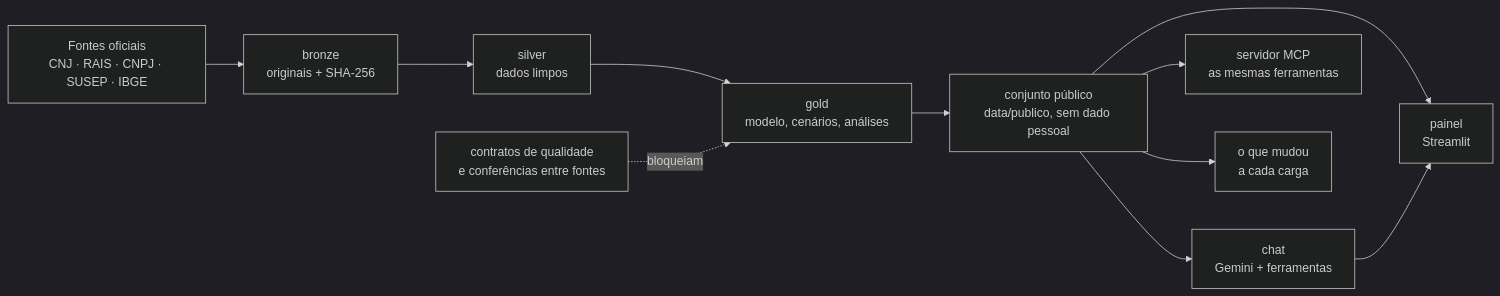
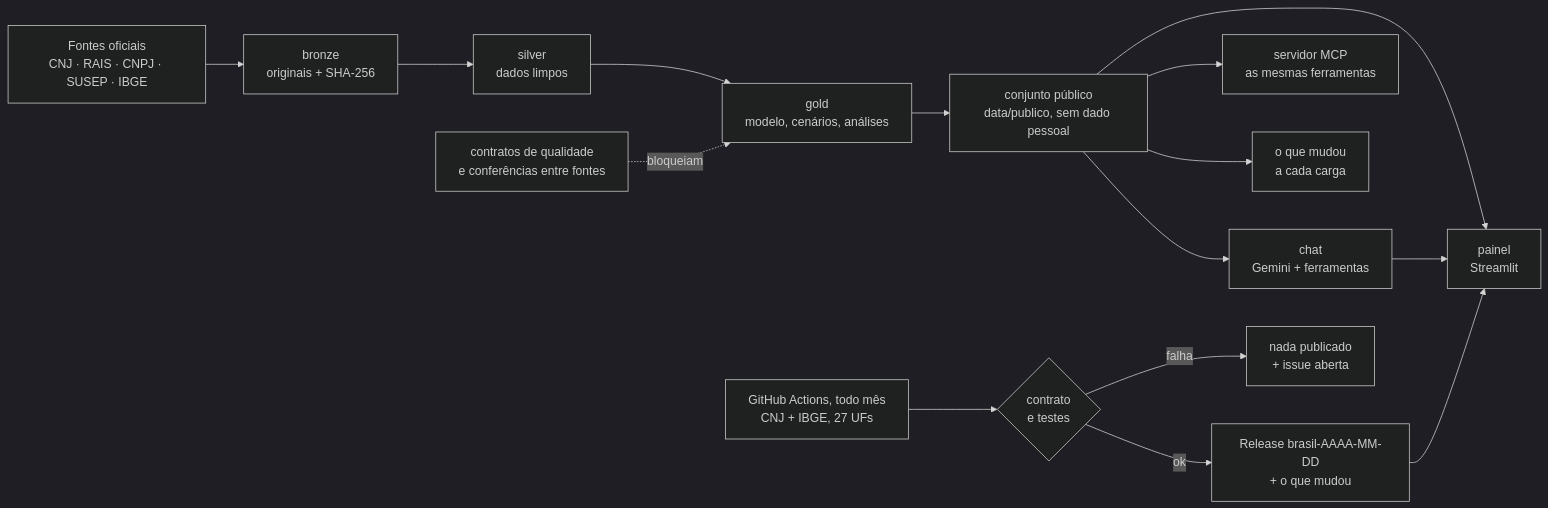
The diagram in README.md (luccaamp/radar-seguro-cartorio), drawn with Mermaid (dark theme) before and after one commit. The commit also changed other lines of this file and 22 other files, not shown here.

First line of the commit message:
Etapa 3: Brasil, camada 1, pipeline agendado com Release datada e página "Brasil" (D-087)

````diff
--- a/README.md
+++ b/README.md
@@ -33,13 +33,17 @@
 ```mermaid
 flowchart LR
     F["Fontes oficiais<br/>CNJ · RAIS · CNPJ · SUSEP · IBGE"] --> B["bronze<br/>originais + SHA-256"]
     B --> S["silver<br/>dados limpos"]
     S --> G["gold<br/>modelo, cenários, análises"]
     C["contratos de qualidade<br/>e conferências entre fontes"] -.bloqueiam.-> G
     G --> P["conjunto público<br/>data/publico, sem dado pessoal"]
     P --> D["painel<br/>Streamlit"]
     P --> CH["chat<br/>Gemini + ferramentas"]
     CH --> D
     P --> M["servidor MCP<br/>as mesmas ferramentas"]
     P --> Q["o que mudou<br/>a cada carga"]
+    A["GitHub Actions, todo mês<br/>CNJ + IBGE, 27 UFs"] --> K{"contrato<br/>e testes"}
+    K -- ok --> R["Release brasil-AAAA-MM-DD<br/>+ o que mudou"]
+    K -- falha --> I["nada publicado<br/>+ issue aberta"]
+    R --> D
 ```
````
